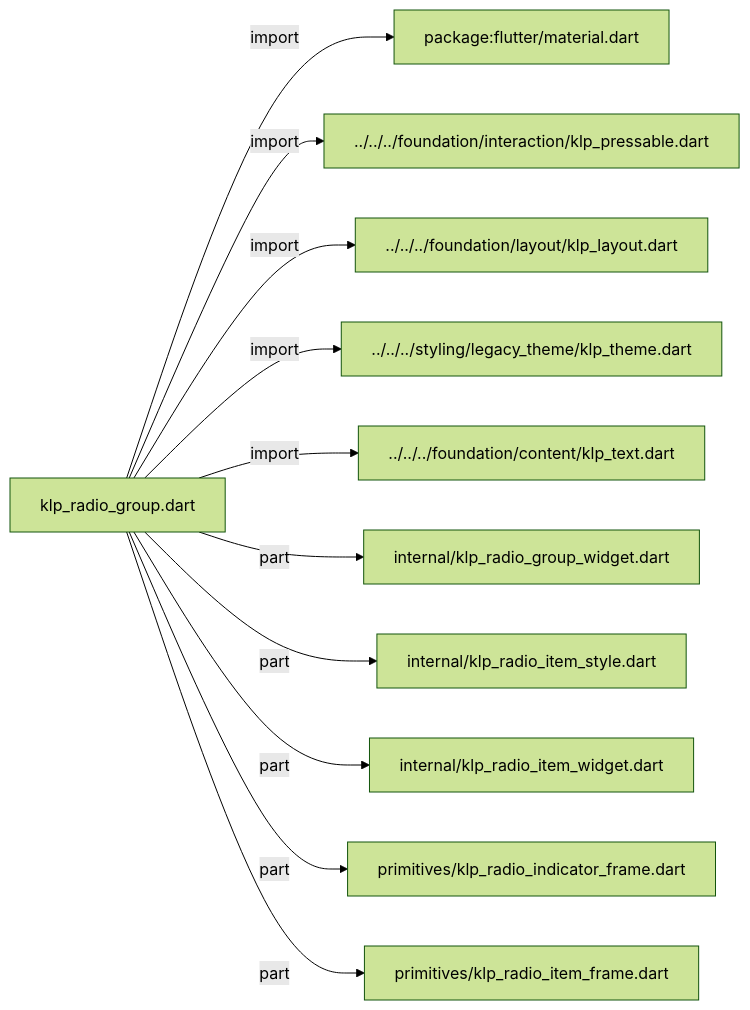
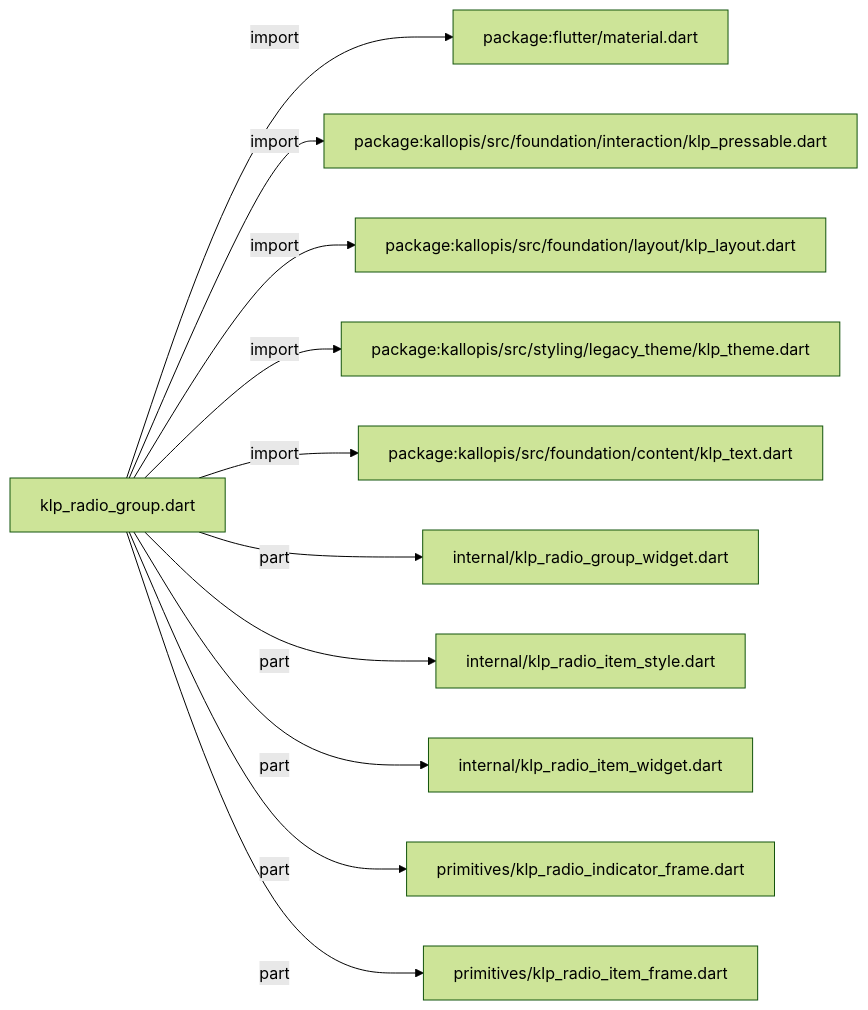
The diagram in docs/architecture/src/features/forms/selection/klp_radio_group.md (MiuDog/Kallopis), drawn with Mermaid (forest theme) before and after one commit. The commit also changed other lines of this file and 9688 other files, not shown here.

Commit message:
Prepare isolated Flow F2 peer baseline

````diff
--- a/docs/architecture/src/features/forms/selection/klp_radio_group.md
+++ b/docs/architecture/src/features/forms/selection/klp_radio_group.md
@@ -11,24 +11,24 @@
 ```mermaid
 flowchart LR
 	n0["klp_radio_group.dart"]
 	n1["package:flutter/material.dart"]
-	n2["../../../foundation/interaction/klp_pressable.dart"]
-	n3["../../../foundation/layout/klp_layout.dart"]
-	n4["../../../styling/legacy_theme/klp_theme.dart"]
-	n5["../../../foundation/content/klp_text.dart"]
+	n2["package:kallopis/src/foundation/interaction/klp_pressable.dart"]
+	n3["package:kallopis/src/foundation/layout/klp_layout.dart"]
+	n4["package:kallopis/src/styling/legacy_theme/klp_theme.dart"]
+	n5["package:kallopis/src/foundation/content/klp_text.dart"]
 	n6["internal/klp_radio_group_widget.dart"]
 	n7["internal/klp_radio_item_style.dart"]
 	n8["internal/klp_radio_item_widget.dart"]
 	n9["primitives/klp_radio_indicator_frame.dart"]
 	n10["primitives/klp_radio_item_frame.dart"]
 	n0 -->|"import"| n1
 	n0 -->|"import"| n2
 	n0 -->|"import"| n3
 	n0 -->|"import"| n4
 	n0 -->|"import"| n5
 	n0 -->|"part"| n6
 	n0 -->|"part"| n7
 	n0 -->|"part"| n8
 	n0 -->|"part"| n9
 	n0 -->|"part"| n10
 ```
````
